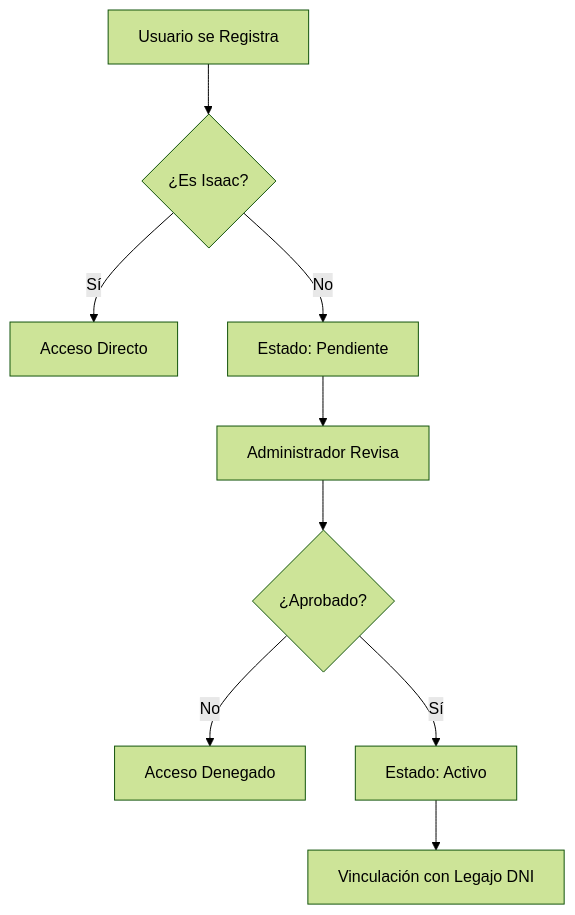
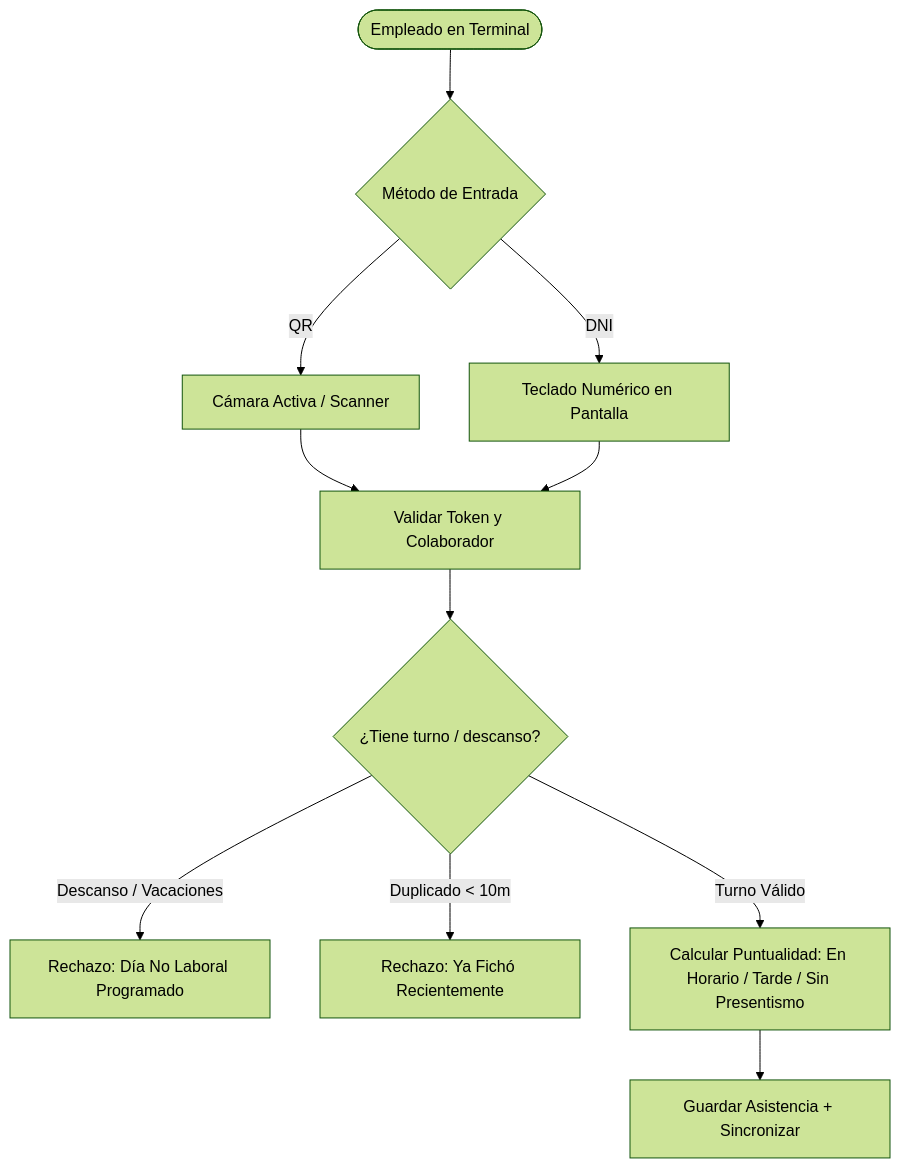
Before and after one commit to oficina13central/secureqr-attendance-system: the third of 3 diagrams in manual_usuario.md, drawn with Mermaid (forest theme). The commit also changed other lines of this file and 5 other files, not shown here.

````diff
--- a/manual_usuario.md
+++ b/manual_usuario.md
@@ -17,11 +99,13 @@
 ```mermaid
-graph TD
-    A[Usuario se Registra] --> B{¿Es Isaac?}
-    B -- Sí --> C[Acceso Directo]
-    B -- No --> D[Estado: Pendiente]
-    D --> E[Administrador Revisa]
-    E --> F{¿Aprobado?}
-    F -- No --> G[Acceso Denegado]
-    F -- Sí --> H[Estado: Activo]
-    H --> I[Vinculación con Legajo DNI]
+flowchart TD
+    A([Empleado en Terminal]) --> B{Método de Entrada}
+    B -- QR --> C[Cámara Activa / Scanner]
+    B -- DNI --> D[Teclado Numérico en Pantalla]
+    C --> E[Validar Token y Colaborador]
+    D --> E
+    E --> F{¿Tiene turno / descanso?}
+    F -- Descanso / Vacaciones --> G[Rechazo: Día No Laboral Programado]
+    F -- Duplicado < 10m --> H[Rechazo: Ya Fichó Recientemente]
+    F -- Turno Válido --> I[Calcular Puntualidad: En Horario / Tarde / Sin Presentismo]
+    I --> J[Guardar Asistencia + Sincronizar]
 ```
````
